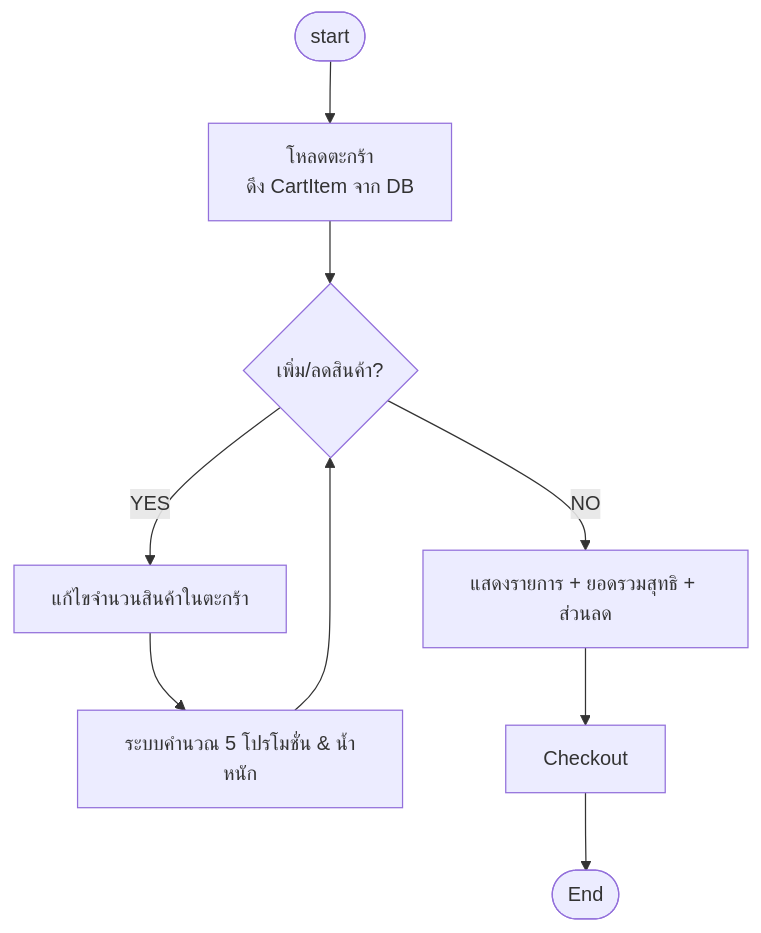
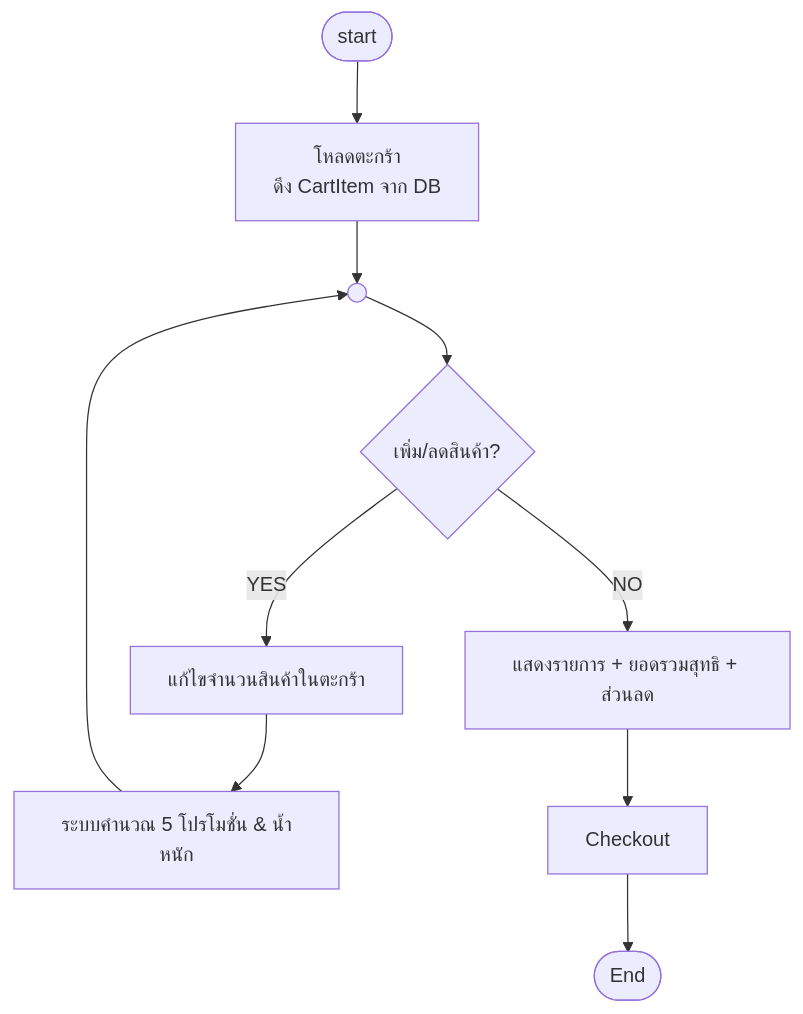
The seventh of 18 diagrams in README.md (doraemon-kub/CSI402_Project-final), drawn with Mermaid before and after one commit. The commit also changed other lines of this file, not shown here.

Commit message:
docs: add ANSI standard on-page connector symbols (( )) to loop-back and junction flowcharts

````diff
--- a/README.md
+++ b/README.md
@@ -216,11 +226,12 @@
 ```mermaid
 flowchart TD
     Start([start]) --> LoadCartDB[โหลดตะกร้า\nดึง CartItem จาก DB]
-    LoadCartDB --> CheckMod{เพิ่ม/ลดสินค้า?}
+    LoadCartDB --> ConnCart(( ))
+    ConnCart --> CheckMod{เพิ่ม/ลดสินค้า?}
     CheckMod -- YES --> EditCart[แก้ไขจำนวนสินค้าในตะกร้า]
     EditCart --> RecalcPromo[ระบบคำนวณ 5 โปรโมชั่น & น้ำหนัก]
-    RecalcPromo --> CheckMod
+    RecalcPromo --> ConnCart
     CheckMod -- NO --> ShowSummary[แสดงรายการ + ยอดรวมสุทธิ + ส่วนลด]
     ShowSummary --> GoCheckout[Checkout]
     GoCheckout --> End([End])
 ```
````
